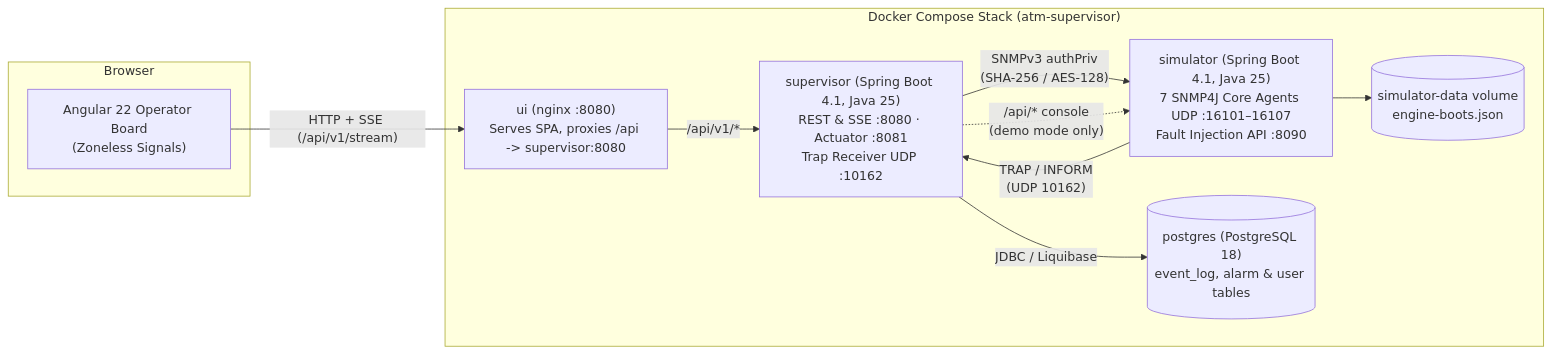
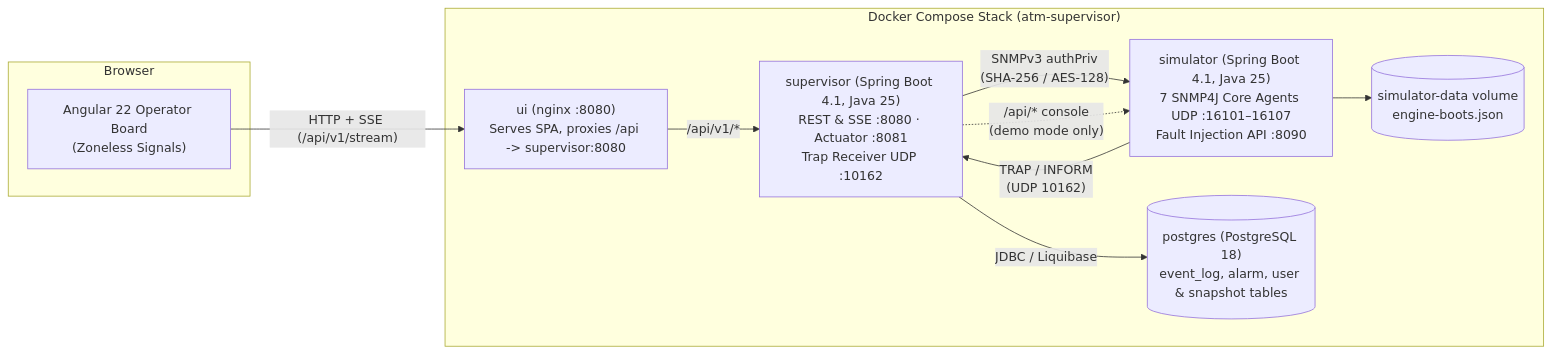
Before and after one commit to selvitopu/atm_superviser: the second of 4 diagrams in docs/architecture.md, drawn with Mermaid. The commit also changed other lines of this file and 17 other files, not shown here.

Commit message:
Normalize prose, formatting, and status labels across the documentation and ADRs. Wrap long lines, replace LaTeX notation with plain English, and align the architecture overview, operator guide, and decision records with the current implementation.

````diff
--- a/docs/architecture.md
+++ b/docs/architecture.md
@@ -25,22 +25,22 @@
 ```mermaid
 flowchart LR
     subgraph Browser["Browser"]
         SPA["Angular 22 Operator Board<br/>(Zoneless Signals)"]
     end
 
     subgraph Compose["Docker Compose Stack (atm-supervisor)"]
         UI["ui (nginx :8080)<br/>Serves SPA, proxies /api -> supervisor:8080"]
         SUP["supervisor (Spring Boot 4.1, Java 25)<br/>REST & SSE :8080 · Actuator :8081<br/>Trap Receiver UDP :10162"]
         SIM["simulator (Spring Boot 4.1, Java 25)<br/>7 SNMP4J Core Agents UDP :16101–16107<br/>Fault Injection API :8090"]
-        DB[("postgres (PostgreSQL 18)<br/>event_log, alarm & user tables")]
+        DB[("postgres (PostgreSQL 18)<br/>event_log, alarm, user & snapshot tables")]
         VOL[("simulator-data volume<br/>engine-boots.json")]
     end
 
     SPA -->|"HTTP + SSE (/api/v1/stream)"| UI
     UI -->|"/api/v1/*"| SUP
     SUP -->|"SNMPv3 authPriv<br/>(SHA-256 / AES-128)"| SIM
     SUP -.->|"/api/* console<br/>(demo mode only)"| SIM
     SIM -->|"TRAP / INFORM<br/>(UDP 10162)"| SUP
     SUP -->|"JDBC / Liquibase"| DB
     SIM --> VOL
 ```
````
